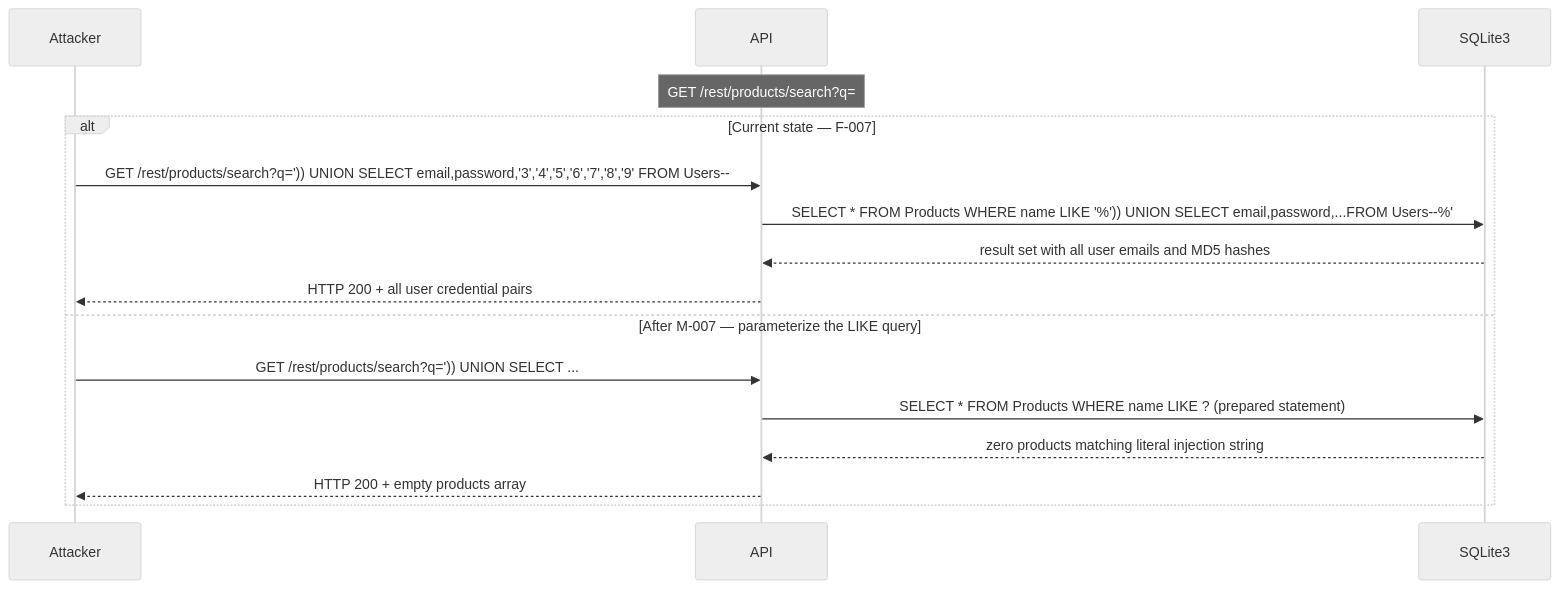
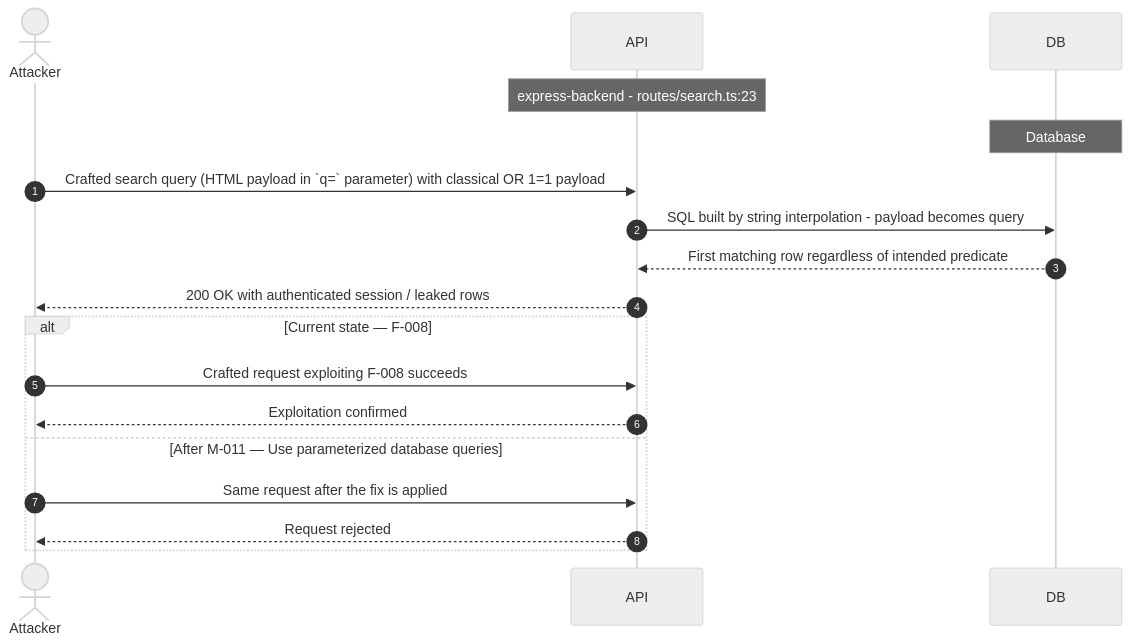
One commit to appsec-foundry/appsec-advisor changed diagram 12 of 21 in examples/threat-modeler/threat-model-juice-shop-standard.md. Above: the diagram before and after it, drawn with Mermaid (neutral theme). The commit also changed other lines of this file and 2 other files, not shown here.

````diff
--- a/examples/threat-modeler/threat-model-juice-shop-standard.md
+++ b/examples/threat-modeler/threat-model-juice-shop-standard.md
@@ -829,19 +711,20 @@
 ```mermaid
 sequenceDiagram
-    participant A as Attacker
+    autonumber
+    actor Attacker
     participant API
-    Note over API: GET /rest/products/search?q=
-    participant DB as SQLite3
-
-    alt Current state — F-007
-        A->>API: GET /rest/products/search?q=')) UNION SELECT email,password,'3','4','5','6','7','8','9' FROM Users--
-        API->>DB: SELECT * FROM Products WHERE name LIKE '%')) UNION SELECT email,password,...FROM Users--%'
-        DB-->>API: result set with all user emails and MD5 hashes
-        API-->>A: HTTP 200 + all user credential pairs
-    else After M-007 — parameterize the LIKE query
-        A->>API: GET /rest/products/search?q=')) UNION SELECT ...
-        API->>DB: SELECT * FROM Products WHERE name LIKE ? (prepared statement)
-        DB-->>API: zero products matching literal injection string
-        API-->>A: HTTP 200 + empty products array
+    participant DB
+    Note over API: express-backend - routes/search.ts:23
+    Note over DB: Database
+    Attacker->>API: Crafted search query (HTML payload in `q=` parameter) with classical OR 1=1 payload
+    API->>DB: SQL built by string interpolation - payload becomes query
+    DB-->>API: First matching row regardless of intended predicate
+    API-->>Attacker: 200 OK with authenticated session / leaked rows
+    alt Current state — F-008
+        Attacker->>API: Crafted request exploiting F-008 succeeds
+        API-->>Attacker: Exploitation confirmed
+    else After M-011 — Use parameterized database queries
+        Attacker->>API: Same request after the fix is applied
+        API-->>Attacker: Request rejected
     end
 ```
````
